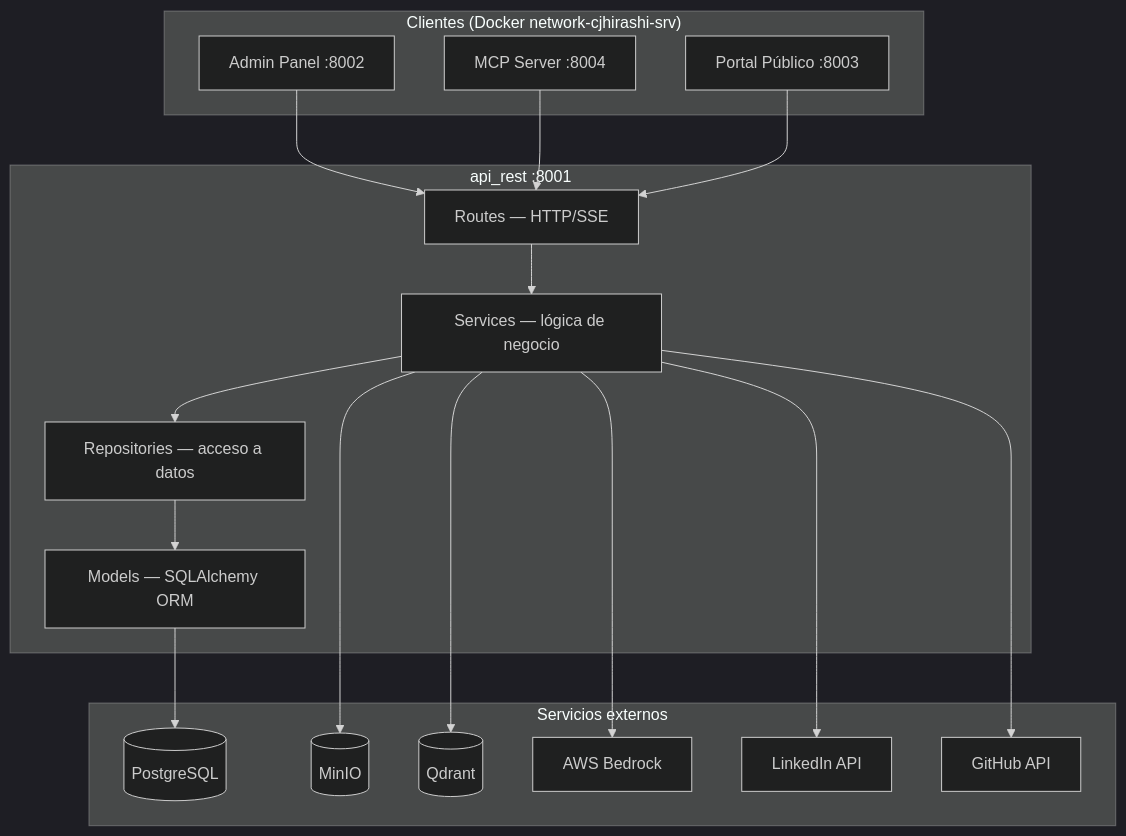
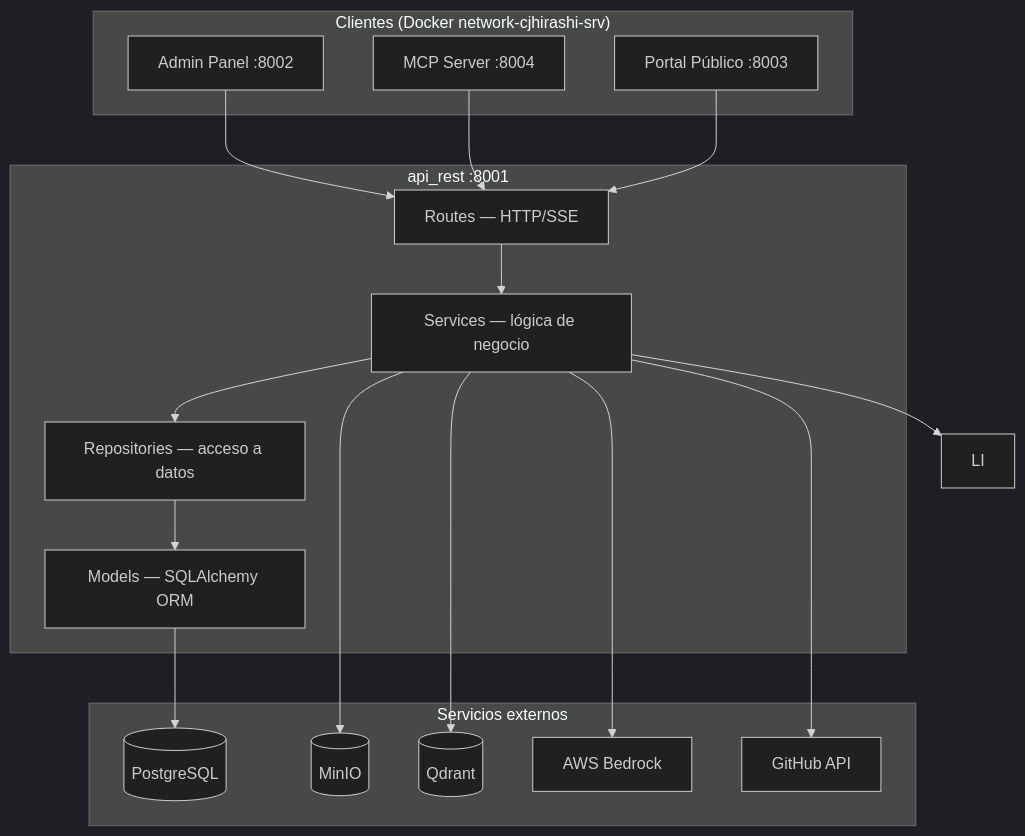
The first of 5 diagrams in cjhirashi-career-api/docs/ARCHITECTURE.md (cjhirashi/cjhirashi-career), drawn with Mermaid (dark theme) before and after one commit. The commit also changed other lines of this file and 59 other files, not shown here.

Commit message:
feat!: retirar la publicación de posts de LinkedIn (panel, API, agente L3, tools Bedrock, sección sec-6, scheduler y tablas linkedin_posts/linkedin_connections); queda solo el blog del portafolio (publications)

````diff
--- a/cjhirashi-career-api/docs/ARCHITECTURE.md
+++ b/cjhirashi-career-api/docs/ARCHITECTURE.md
@@ -47,37 +47,36 @@
 ```mermaid
 graph TD
     subgraph Clients["Clientes (Docker network-cjhirashi-srv)"]
         Admin[Admin Panel :8002]
         Portal[Portal Público :8003]
         MCP[MCP Server :8004]
     end
 
     subgraph API["api_rest :8001"]
         Routes[Routes — HTTP/SSE]
         Services[Services — lógica de negocio]
         Repos[Repositories — acceso a datos]
         Models[Models — SQLAlchemy ORM]
     end
 
     subgraph External["Servicios externos"]
         PG[(PostgreSQL)]
         MinIO[(MinIO)]
         Qdrant[(Qdrant)]
         AWS[AWS Bedrock]
-        LI[LinkedIn API]
         GH[GitHub API]
     end
 
     Admin --> Routes
     MCP --> Routes
     Portal --> Routes
     Routes --> Services
     Services --> Repos
     Repos --> Models
     Models --> PG
     Services --> MinIO
     Services --> Qdrant
     Services --> AWS
     Services --> LI
     Services --> GH
 ```
````
